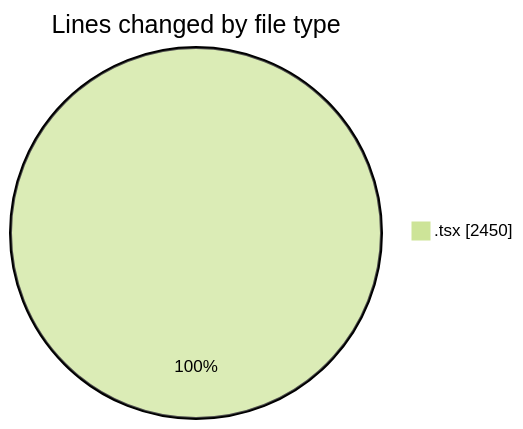
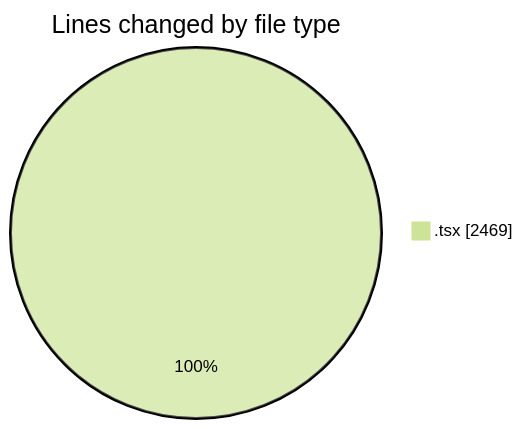
The first of 2 diagrams in 2026-02-21/nxtqube_webapp/README.md (nxtqubesakshisongat/code-tracking), drawn with Mermaid (forest theme) before and after one commit. The commit also changed other lines of this file and 1 other file, not shown here.

````diff
--- a/2026-02-21/nxtqube_webapp/README.md
+++ b/2026-02-21/nxtqube_webapp/README.md
@@ -20,5 +20,5 @@
 ```mermaid
 pie showData
 title Lines changed by file type
-".tsx" : 2450
+".tsx" : 2469
 ```
````
